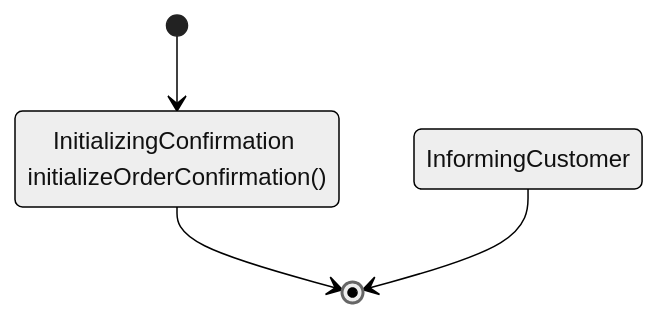
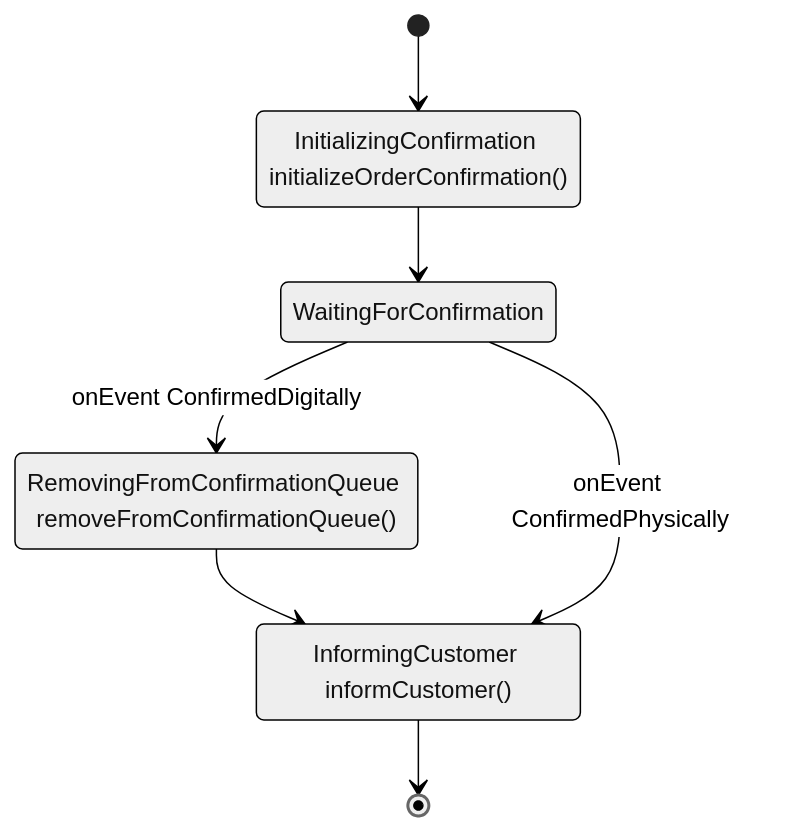
The first of 3 diagrams in README.md (marcingurbisz/flowlite), drawn with Mermaid (neutral theme) before and after one commit. The commit also changed other lines of this file, not shown here.

Commit message:
chore: update flow docs

````diff
--- a/README.md
+++ b/README.md
@@ -44,8 +44,13 @@
 ```mermaid
 stateDiagram-v2
     [*] --> InitializingConfirmation
     InitializingConfirmation: InitializingConfirmation initializeOrderConfirmation()
-    InitializingConfirmation --> [*]
+    InitializingConfirmation --> WaitingForConfirmation
+    WaitingForConfirmation --> RemovingFromConfirmationQueue: onEvent ConfirmedDigitally
+    RemovingFromConfirmationQueue: RemovingFromConfirmationQueue removeFromConfirmationQueue()
+    RemovingFromConfirmationQueue --> InformingCustomer
+    InformingCustomer: InformingCustomer informCustomer()
+    WaitingForConfirmation --> InformingCustomer: onEvent ConfirmedPhysically
     InformingCustomer --> [*]
 
 ```
````
